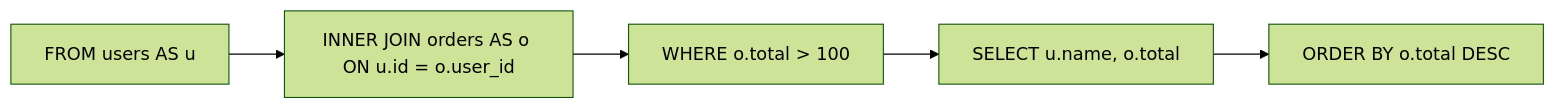
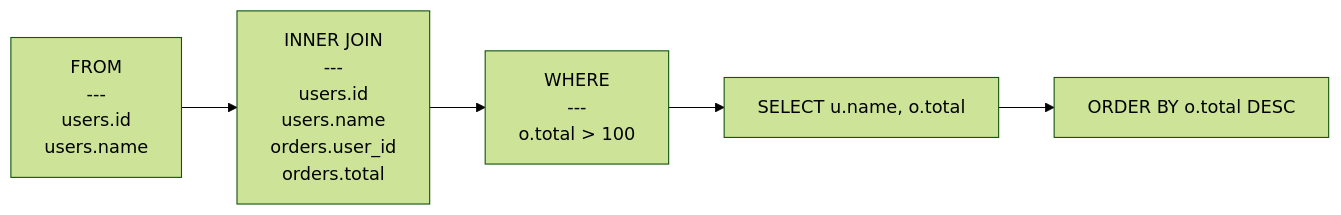
Before and after one commit to rot1024/sqloflow: the diagram in examples/join_query.mmd, drawn with Mermaid (forest theme). The commit also changed 21 other files, not shown here.

Commit message:
feat: improve mermaid renderer

```diff
--- a/examples/join_query.mmd
+++ b/examples/join_query.mmd
@@ -1,10 +1,10 @@
 flowchart LR
-    node_0[FROM users AS u]
-    node_1["INNER JOIN orders AS o ON u.id = o.user_id"]
-    node_2["WHERE o.total &gt; 100"]
+    node_0["FROM<br/>---<br/>users.id<br/>users.name"]
+    node_1["INNER JOIN<br/>---<br/>users.id<br/>users.name<br/>orders.user_id<br/>orders.total"]
+    node_2["WHERE<br/>---<br/>o.total &gt; 100"]
     node_3["SELECT u.name, o.total"]
     node_4["ORDER BY o.total DESC"]
     node_0 --> node_1
     node_1 --> node_2
     node_2 --> node_3
     node_3 --> node_4
```
